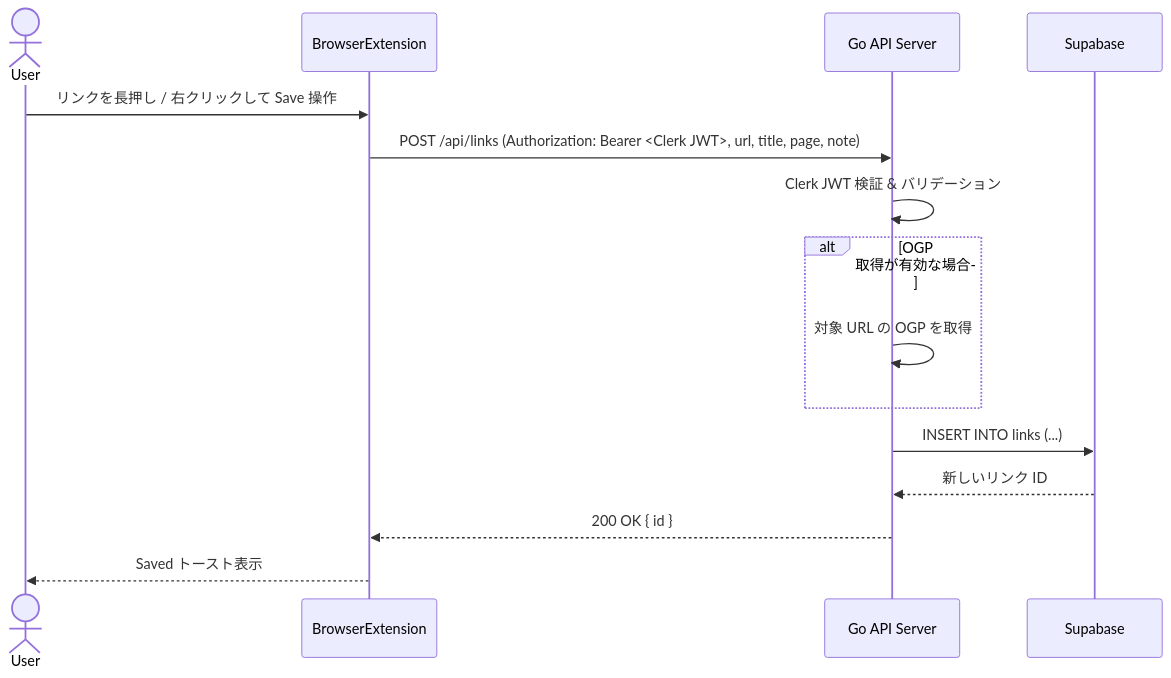
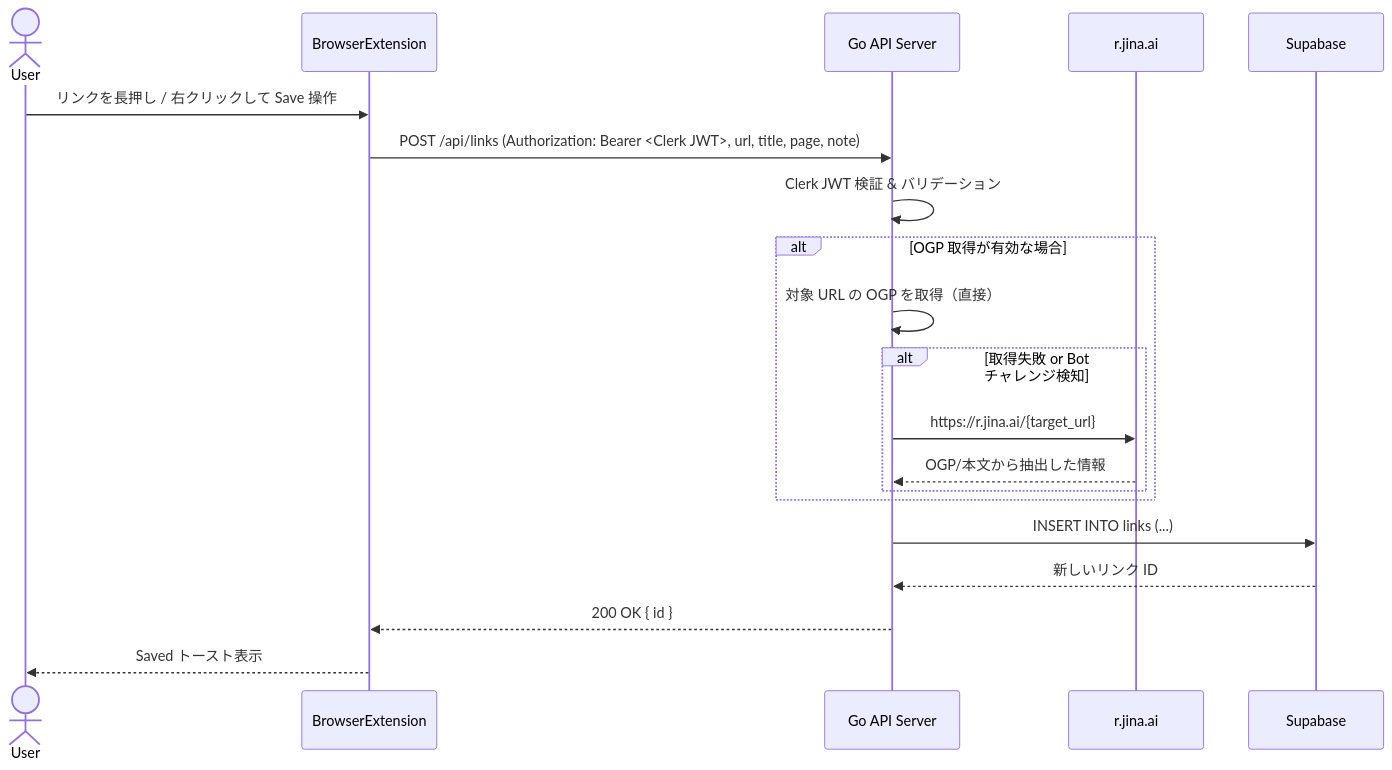
One commit to lvncer/clipgest changed the third of 5 diagrams in documents/architecture.md. Above: the diagram before and after it, drawn with Mermaid. The commit also changed other lines of this file, not shown here.

Commit message:
docs: update architecture documentation to enhance OGP retrieval process
- Added fallback mechanism for OGP retrieval via Jina when direct fetching fails or is blocked.
- Updated sequence diagram to reflect the new OGP fetching strategy, improving clarity on the link saving process.

````diff
--- a/documents/architecture.md
+++ b/documents/architecture.md
@@ -111,18 +112,23 @@
 ```mermaid
 sequenceDiagram
 actor User as User
 participant Ext as BrowserExtension
 participant API as Go API Server
+participant Jina as r.jina.ai
 participant DB as Supabase
 
 User->>Ext: リンクを長押し / 右クリックして Save 操作
 Ext->>API: POST /api/links (Authorization: Bearer <Clerk JWT>, url, title, page, note)
 API->>API: Clerk JWT 検証 & バリデーション
 alt OGP 取得が有効な場合
-  API->>API: 対象 URL の OGP を取得
+  API->>API: 対象 URL の OGP を取得（直接）
+  alt 取得失敗 or Bot チャレンジ検知
+    API->>Jina: https://r.jina.ai/{target_url}
+    Jina-->>API: OGP/本文から抽出した情報
+  end
 end
 API->>DB: INSERT INTO links (...)
 DB-->>API: 新しいリンク ID
 API-->>Ext: 200 OK { id }
 Ext-->>User: Saved トースト表示
 ```
````
